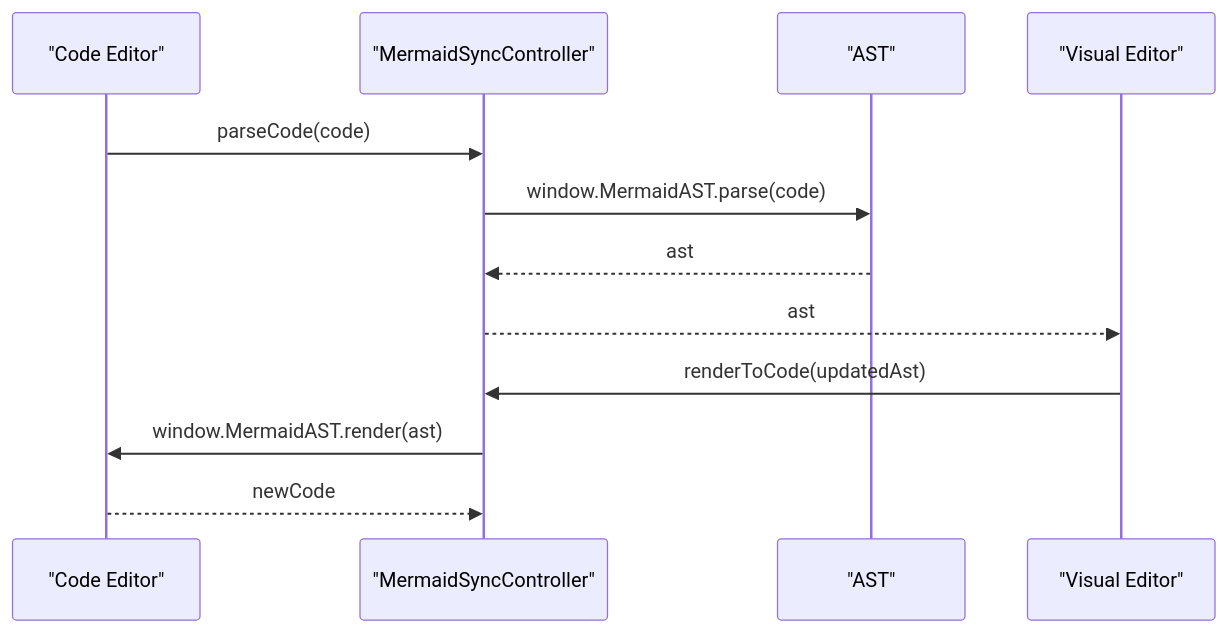
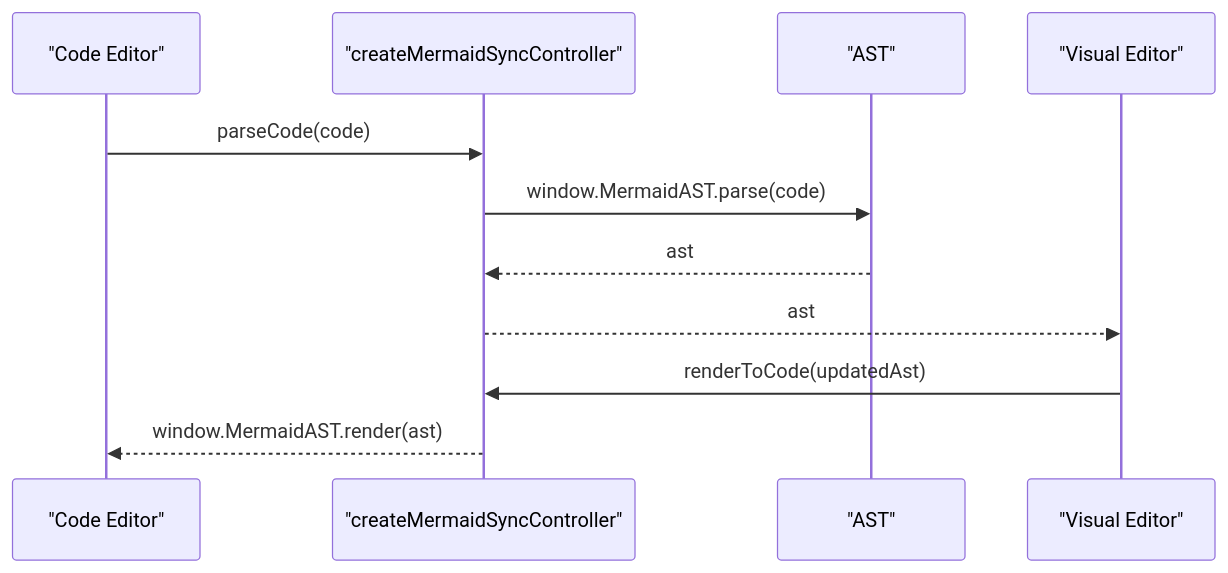
Before and after one commit to ongchonghian/universal-diagram-editor: the fifth of 8 diagrams in .qoder/repowiki/en/content/Template System and Snippets.md, drawn with Mermaid. The commit also changed other lines of this file and 31 other files, not shown here.

````diff
--- a/.qoder/repowiki/en/content/Template System and Snippets.md
+++ b/.qoder/repowiki/en/content/Template System and Snippets.md
@@ -305,14 +271,13 @@
 ```mermaid
 sequenceDiagram
 participant Code as "Code Editor"
-participant Sync as "MermaidSyncController"
+participant Sync as "createMermaidSyncController"
 participant AST as "AST"
 participant Visual as "Visual Editor"
 Code->>Sync : parseCode(code)
 Sync->>AST : window.MermaidAST.parse(code)
 AST-->>Sync : ast
 Sync-->>Visual : ast
 Visual->>Sync : renderToCode(updatedAst)
-Sync->>Code : window.MermaidAST.render(ast)
-Code-->>Sync : newCode
+Sync-->>Code : window.MermaidAST.render(ast)
 ```
````
